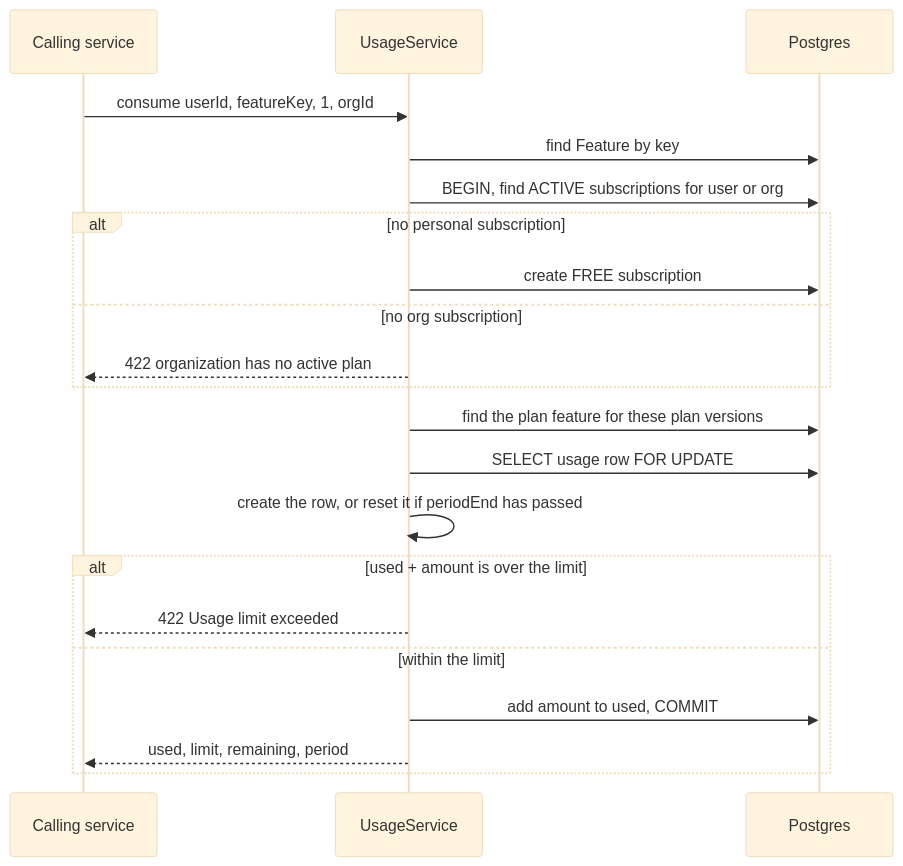
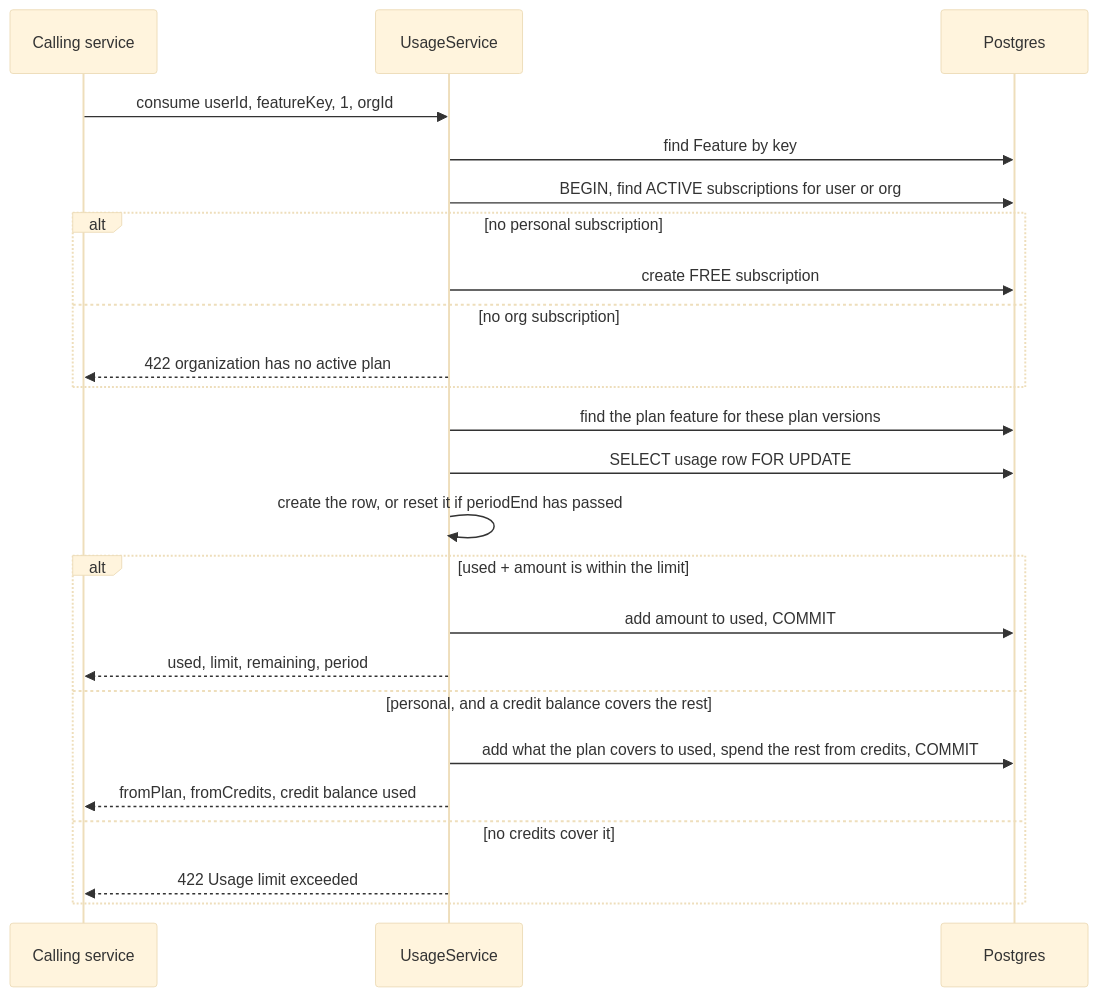
One commit to sharma-dikshant/TestFlow-Docs changed the fifth of 6 diagrams in docs/hld-design/commerce.md. Above: the diagram before and after it, drawn with Mermaid (base theme). The commit also changed other lines of this file and 2 other files, not shown here.

Commit message:
docs: add credit plans details

````diff
--- a/docs/hld-design/commerce.md
+++ b/docs/hld-design/commerce.md
@@ -295,24 +300,27 @@
 ```mermaid
 sequenceDiagram
     participant Caller as Calling service
     participant U as UsageService
     participant DB as Postgres
 
     Caller->>U: consume userId, featureKey, 1, orgId
     U->>DB: find Feature by key
     U->>DB: BEGIN, find ACTIVE subscriptions for user or org
     alt no personal subscription
         U->>DB: create FREE subscription
     else no org subscription
         U-->>Caller: 422 organization has no active plan
     end
     U->>DB: find the plan feature for these plan versions
     U->>DB: SELECT usage row FOR UPDATE
     U->>U: create the row, or reset it if periodEnd has passed
-    alt used + amount is over the limit
-        U-->>Caller: 422 Usage limit exceeded
-    else within the limit
+    alt used + amount is within the limit
         U->>DB: add amount to used, COMMIT
         U-->>Caller: used, limit, remaining, period
+    else personal, and a credit balance covers the rest
+        U->>DB: add what the plan covers to used, spend the rest from credits, COMMIT
+        U-->>Caller: fromPlan, fromCredits, credit balance used
+    else no credits cover it
+        U-->>Caller: 422 Usage limit exceeded
     end
 ```
````
